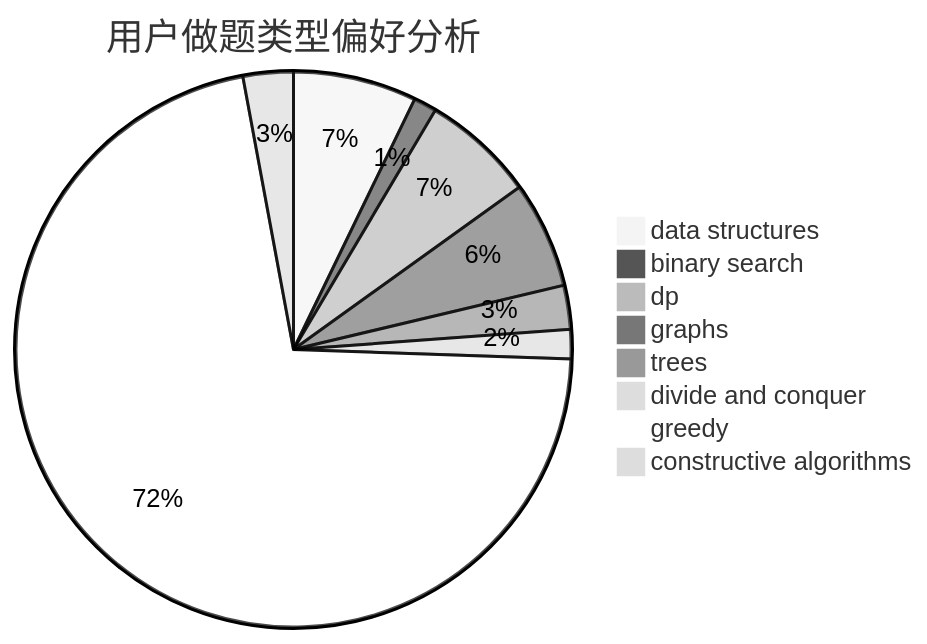
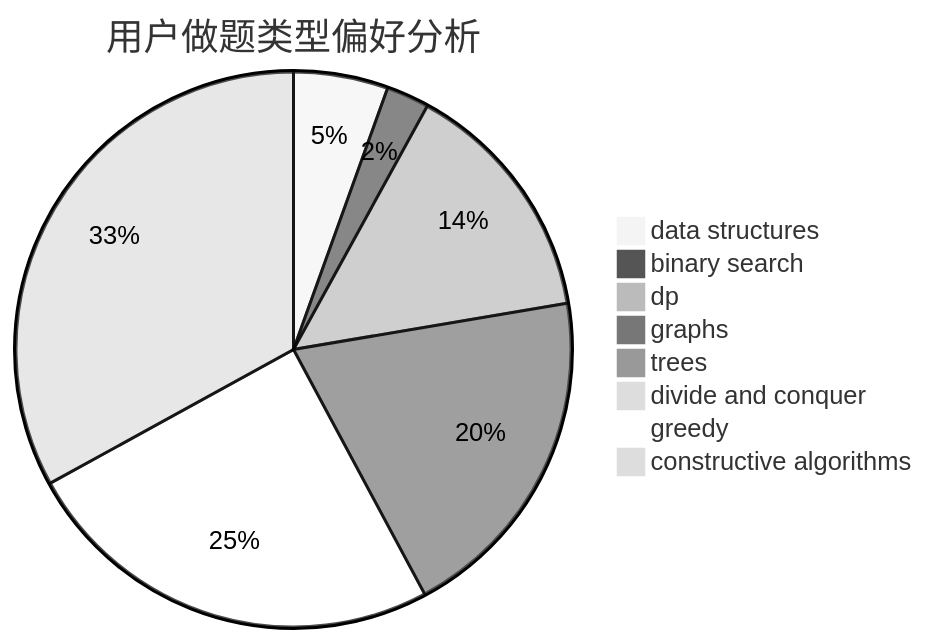
One commit to sherpahu/cfrs.github.io changed the second of 3 diagrams in docs/user/u728.md. Above: the diagram before and after it, drawn with Mermaid (neutral theme). The commit also changed other lines of this file and 2770 other files, not shown here.

````diff
--- a/docs/user/u728.md
+++ b/docs/user/u728.md
@@ -23,11 +23,11 @@
 ```mermaid
 pie title 用户做题类型偏好分析
-    "data structures" :  59
-    "binary search" :  11
-    "dp" :  54
-    "graphs" :  51
-    "trees" :  21
-    "divide and conquer" :  14
-    "greedy" :  588
-    "constructive algorithms" :  24
+    "data structures" :  33
+    "binary search" :  15
+    "dp" :  86
+    "graphs" :  119
+    "trees" :  1
+    "divide and conquer" :  0
+    "greedy" :  149
+    "constructive algorithms" :  198
 ```
````
